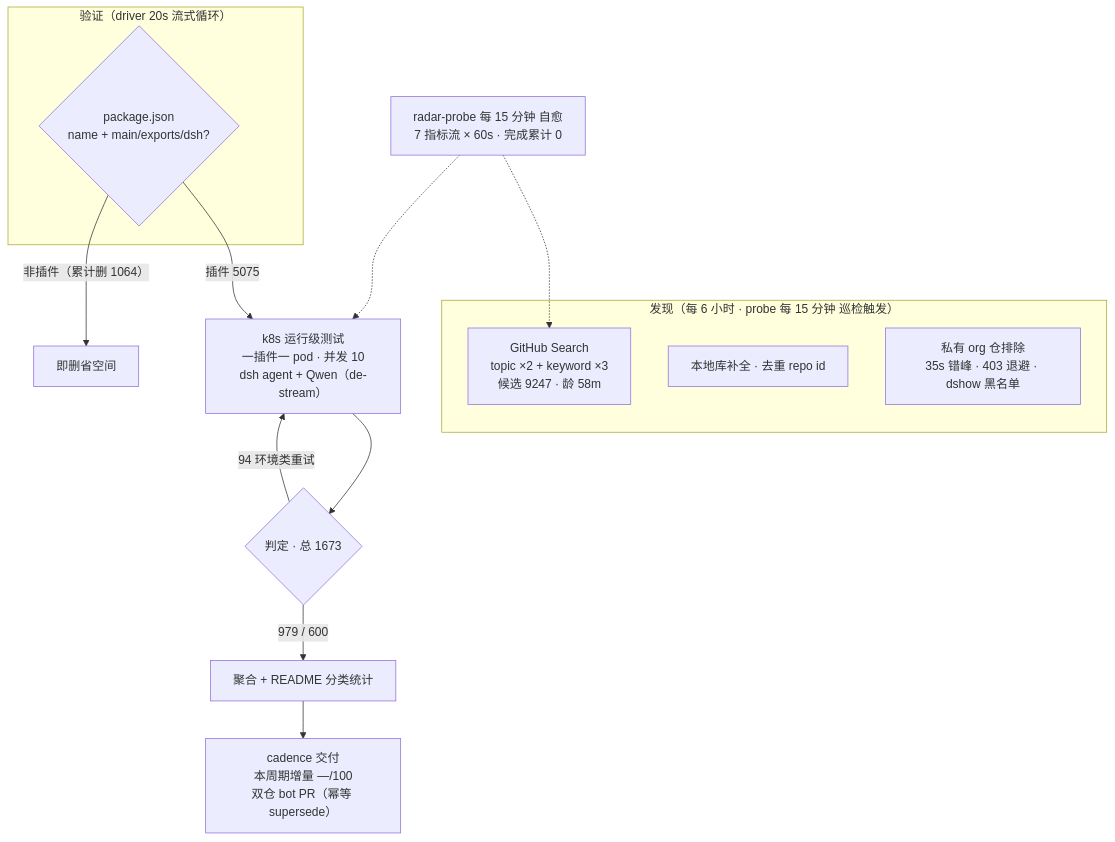
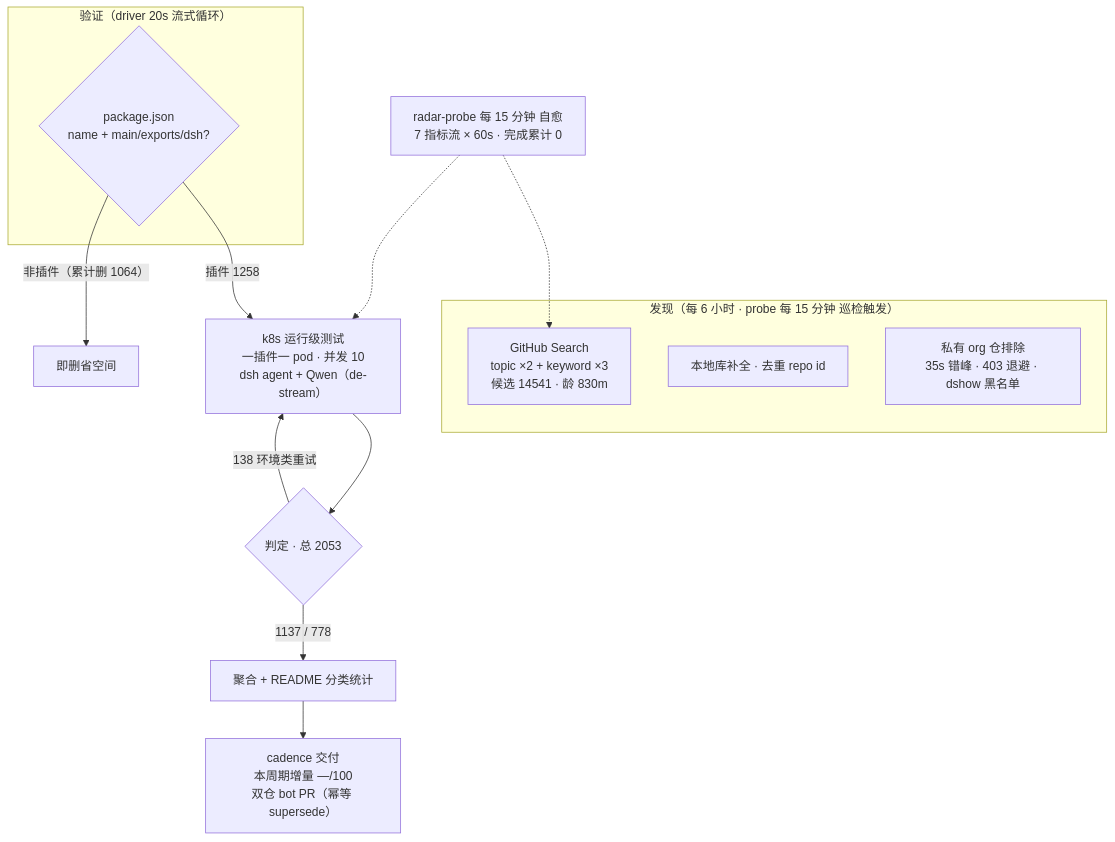
One commit to Zhidao-Lab-OSS/awesome-dsh-plugins changed the diagram in README.md. Above: the diagram before and after it, drawn with Mermaid. The commit also changed other lines of this file and 1 other file, not shown here.

````diff
--- a/README.md
+++ b/README.md
@@ -37,20 +37,20 @@
 ```mermaid
 flowchart TB
     subgraph Discovery["发现（每 6 小时 · probe 每 15 分钟 巡检触发）"]
-        A1["GitHub Search<br/>topic ×2 + keyword ×3<br/>候选 9247 · 龄 58m"]
+        A1["GitHub Search<br/>topic ×2 + keyword ×3<br/>候选 14541 · 龄 830m"]
         A2["本地库补全 · 去重 repo id"]
         A3["私有 org 仓排除<br/>35s 错峰 · 403 退避 · dshow 黑名单"]
     end
     subgraph Validation["验证（driver 20s 流式循环）"]
         B1{"package.json<br/>name + main/exports/dsh?"}
     end
-    B1 -->|"插件 5075"| C1["k8s 运行级测试<br/>一插件一 pod · 并发 10<br/>dsh agent + Qwen（de-stream）"]
+    B1 -->|"插件 1258"| C1["k8s 运行级测试<br/>一插件一 pod · 并发 10<br/>dsh agent + Qwen（de-stream）"]
     B1 -->|"非插件（累计删 1064）"| B3["即删省空间"]
-    C1 --> D1{"判定 · 总 1673"}
-    D1 -->|"979 / 600"| E1["聚合 + README 分类统计"]
-    D1 -->|"94 环境类重试"| C1
+    C1 --> D1{"判定 · 总 2053"}
+    D1 -->|"1137 / 778"| E1["聚合 + README 分类统计"]
+    D1 -->|"138 环境类重试"| C1
     E1 --> E2["cadence 交付<br/>本周期增量 —/100<br/>双仓 bot PR（幂等 supersede）"]
     M["radar-probe 每 15 分钟 自愈<br/>7 指标流 × 60s · 完成累计 0"]
     M -.-> A1
     M -.-> C1
 ```
````
